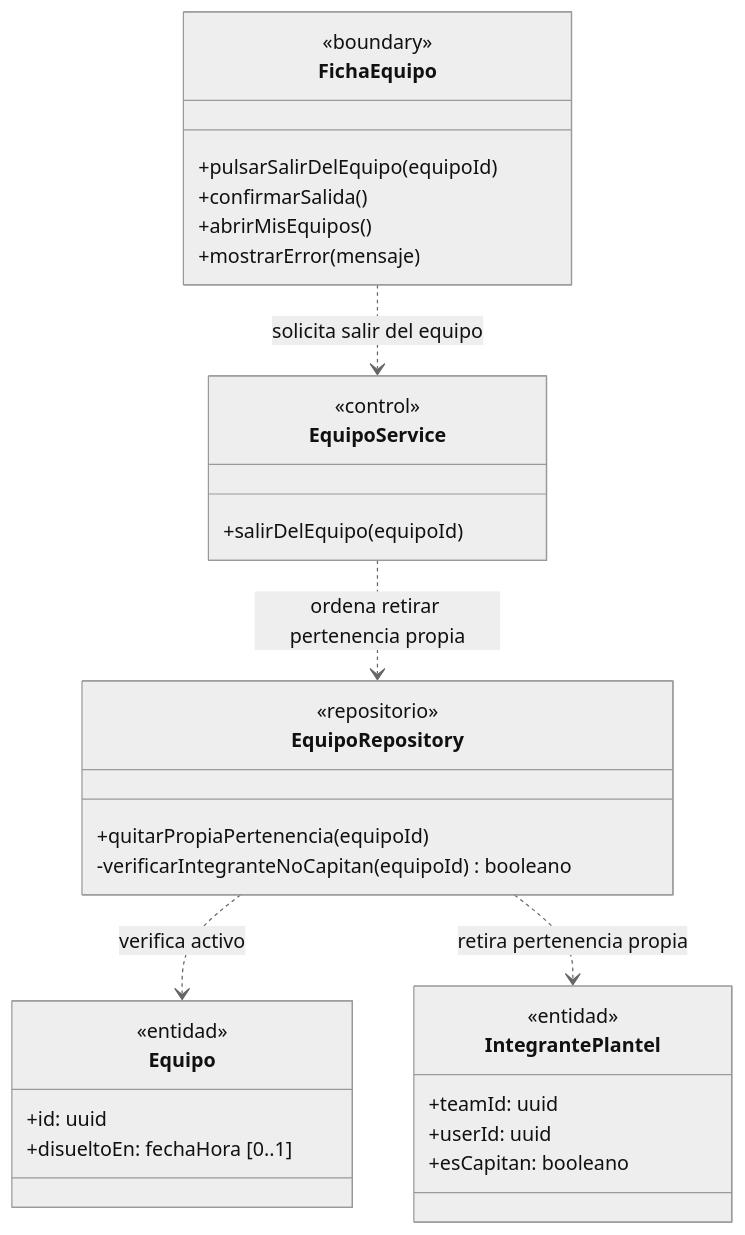
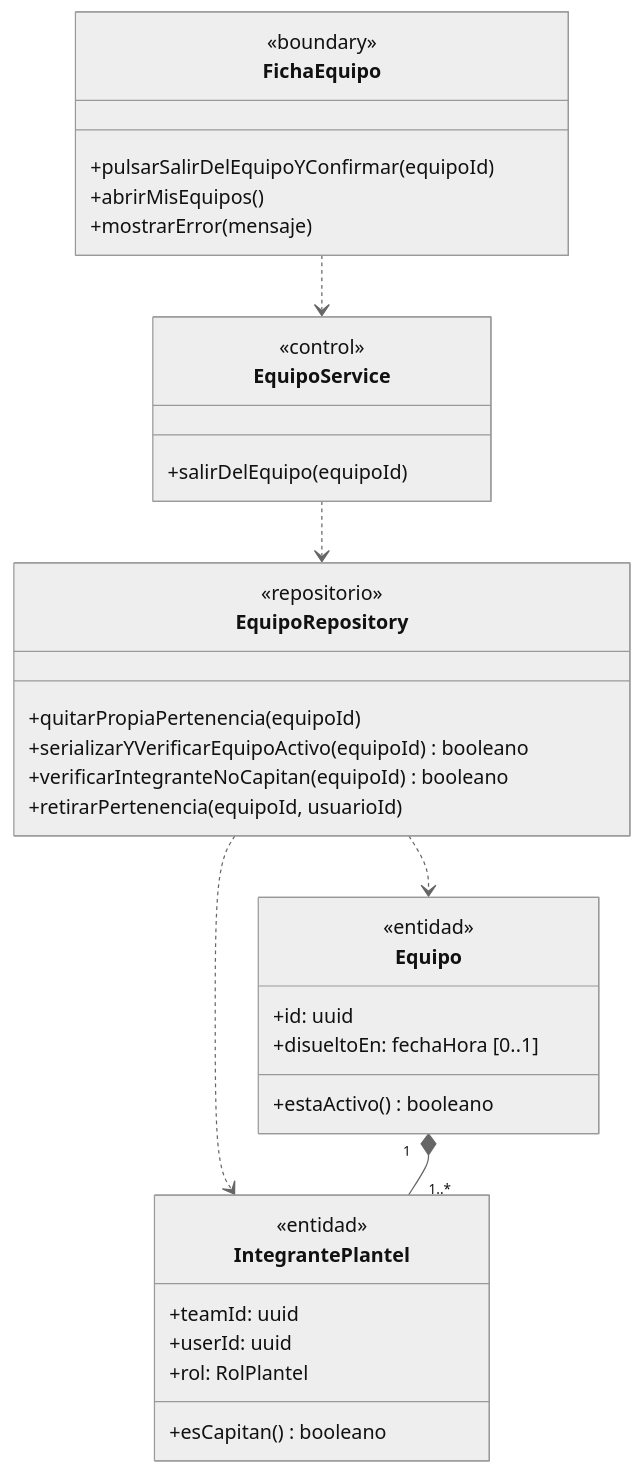
Before and after one commit to nicqletal/torneos-scraper: the ninth of 11 diagrams in docs/diagramas-de-clase/equipos.md, drawn with Mermaid (neutral theme). The commit also changed other lines of this file and 13 other files, not shown here.

````diff
--- a/docs/diagramas-de-clase/equipos.md
+++ b/docs/diagramas-de-clase/equipos.md
@@ -560,35 +647,38 @@
 ```mermaid
 classDiagram
-direction TB
 class FichaEquipo {
   <<boundary>>
-  +pulsarSalirDelEquipo(equipoId)
-  +confirmarSalida()
+  +pulsarSalirDelEquipoYConfirmar(equipoId)
   +abrirMisEquipos()
   +mostrarError(mensaje)
 }
 class EquipoService {
   <<control>>
   +salirDelEquipo(equipoId)
 }
 class EquipoRepository {
   <<repositorio>>
   +quitarPropiaPertenencia(equipoId)
-  -verificarIntegranteNoCapitan(equipoId) booleano
+  +serializarYVerificarEquipoActivo(equipoId) booleano
+  +verificarIntegranteNoCapitan(equipoId) booleano
+  +retirarPertenencia(equipoId, usuarioId)
+}
+class IntegrantePlantel {
+  <<entidad>>
+  +teamId: uuid
+  +userId: uuid
+  +rol: RolPlantel
+  +esCapitan() booleano
 }
 class Equipo {
   <<entidad>>
   +id: uuid
   +disueltoEn: fechaHora [0..1]
+  +estaActivo() booleano
 }
-class IntegrantePlantel {
-  <<entidad>>
-  +teamId: uuid
-  +userId: uuid
-  +esCapitan: booleano
-}
-FichaEquipo ..> EquipoService : solicita salir del equipo
-EquipoService ..> EquipoRepository : ordena retirar pertenencia propia
-EquipoRepository ..> Equipo : verifica activo
-EquipoRepository ..> IntegrantePlantel : retira pertenencia propia
+FichaEquipo ..> EquipoService
+EquipoService ..> EquipoRepository
+EquipoRepository ..> IntegrantePlantel
+EquipoRepository ..> Equipo
+Equipo "1" *-- "1..*" IntegrantePlantel
 ```
````
